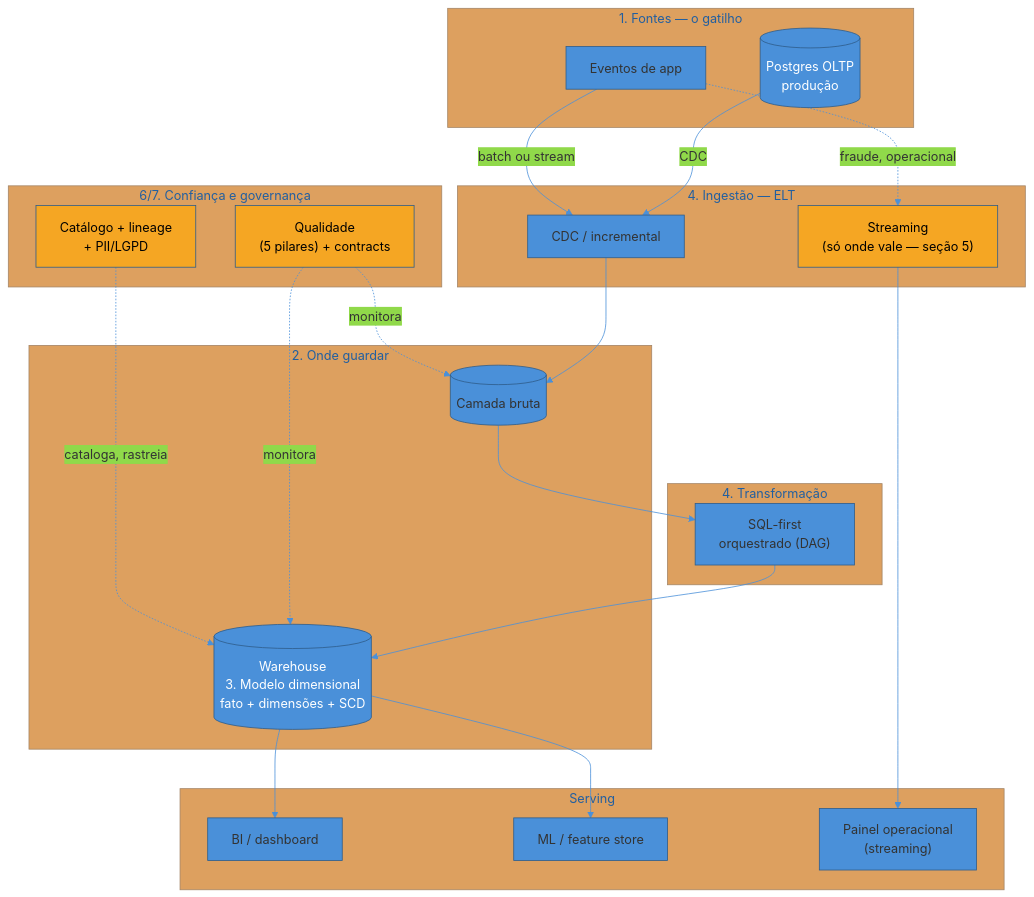
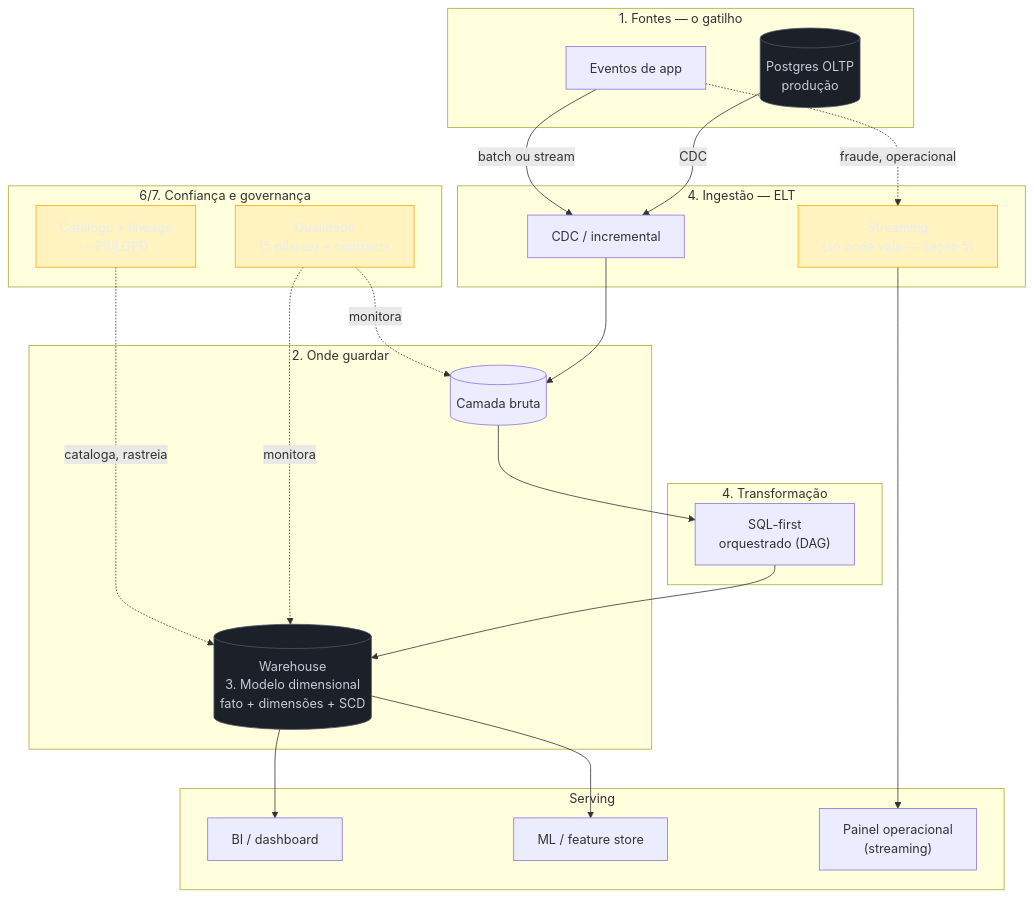
Before and after one commit to josenaldo/codex-technomanticus: the fourth of 4 diagrams in 03-Dominios/Engenharia/Dados/Capstone - Desenhando a plataforma de dados de uma empresa do zero.md, drawn with Mermaid. The commit also changed other lines of this file and 1181 other files, not shown here.

First line of the commit message:
fix(diagramas): paleta do sistema no lugar de cor cravada no markdown

````diff
--- a/03-Dominios/Engenharia/Dados/Capstone - Desenhando a plataforma de dados de uma empresa do zero.md
+++ b/03-Dominios/Engenharia/Dados/Capstone - Desenhando a plataforma de dados de uma empresa do zero.md
@@ -200,50 +202,51 @@
 ```mermaid
-%%{init: {"theme": "base", "themeVariables": {"primaryColor": "#4A90D9", "primaryBorderColor": "#2E5C8A", "lineColor": "#4A90D9"}}}%%
 graph TB
+    classDef neutro fill:#1B2029,stroke:#4E5666,color:#C6CCD8
+    classDef destaque fill:#FFAA0024,stroke:#FFAA00,color:#E9ECF2
     subgraph Fontes["1. Fontes — o gatilho"]
         PG[("Postgres OLTP<br/>produção")]
         EV["Eventos de app"]
     end
 
     subgraph Ingestao["4. Ingestão — ELT"]
         CDC["CDC / incremental"]
         STRM["Streaming<br/>(só onde vale — seção 5)"]
     end
 
     subgraph Storage["2. Onde guardar"]
         RAW[("Camada bruta")]
         DW[("Warehouse<br/>3. Modelo dimensional<br/>fato + dimensões + SCD")]
     end
 
     subgraph Transform["4. Transformação"]
         SQL["SQL-first<br/>orquestrado (DAG)"]
     end
 
     subgraph Confianca["6/7. Confiança e governança"]
         QUAL["Qualidade<br/>(5 pilares) + contracts"]
         GOV["Catálogo + lineage<br/>+ PII/LGPD"]
     end
 
     subgraph Serving["Serving"]
         BI["BI / dashboard"]
         ML["ML / feature store"]
         OPS["Painel operacional<br/>(streaming)"]
     end
 
     PG -->|"CDC"| CDC
     EV -->|"batch ou stream"| CDC
     EV -.->|"fraude, operacional"| STRM
     CDC --> RAW --> SQL --> DW
     STRM --> OPS
     QUAL -.->|"monitora"| RAW
     QUAL -.->|"monitora"| DW
     GOV -.->|"cataloga, rastreia"| DW
     DW --> BI
     DW --> ML
 
-    style PG fill:#4A90D9,color:#fff
-    style DW fill:#4A90D9,color:#fff
-    style QUAL fill:#F5A623,color:#000
-    style GOV fill:#F5A623,color:#000
-    style STRM fill:#F5A623,color:#000
+    class PG neutro
+    class DW neutro
+    class QUAL destaque
+    class GOV destaque
+    class STRM destaque
 ```
````
